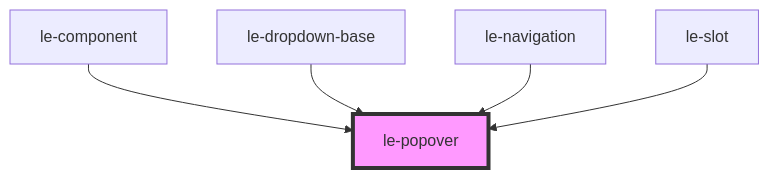
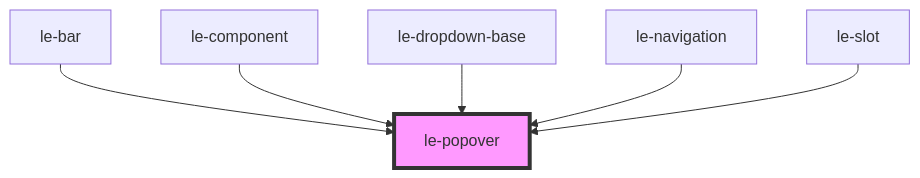
The diagram in src/components/le-popover/readme.md (leechy/le-kit), drawn with Mermaid before and after one commit. The commit also changed other lines of this file and 9 other files, not shown here.

````diff
--- a/src/components/le-popover/readme.md
+++ b/src/components/le-popover/readme.md
@@ -111,8 +112,9 @@
 ```mermaid
 graph TD;
+  le-bar --> le-popover
   le-component --> le-popover
   le-dropdown-base --> le-popover
   le-navigation --> le-popover
   le-slot --> le-popover
   style le-popover fill:#f9f,stroke:#333,stroke-width:4px
 ```
````
